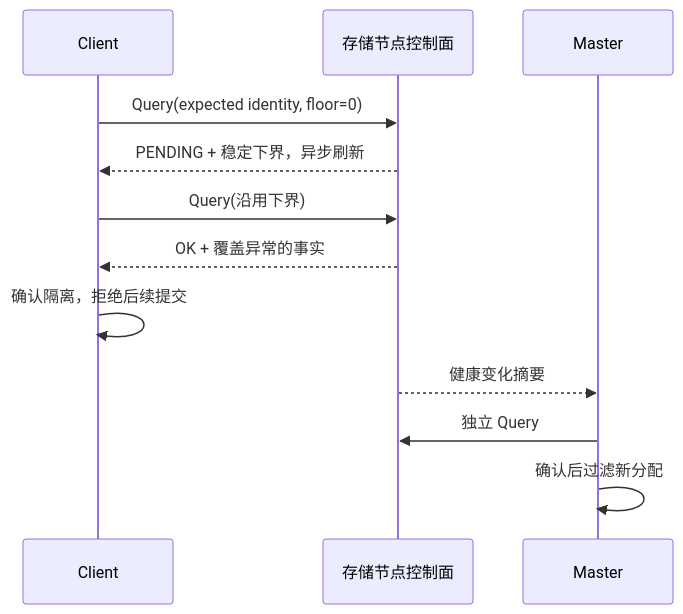
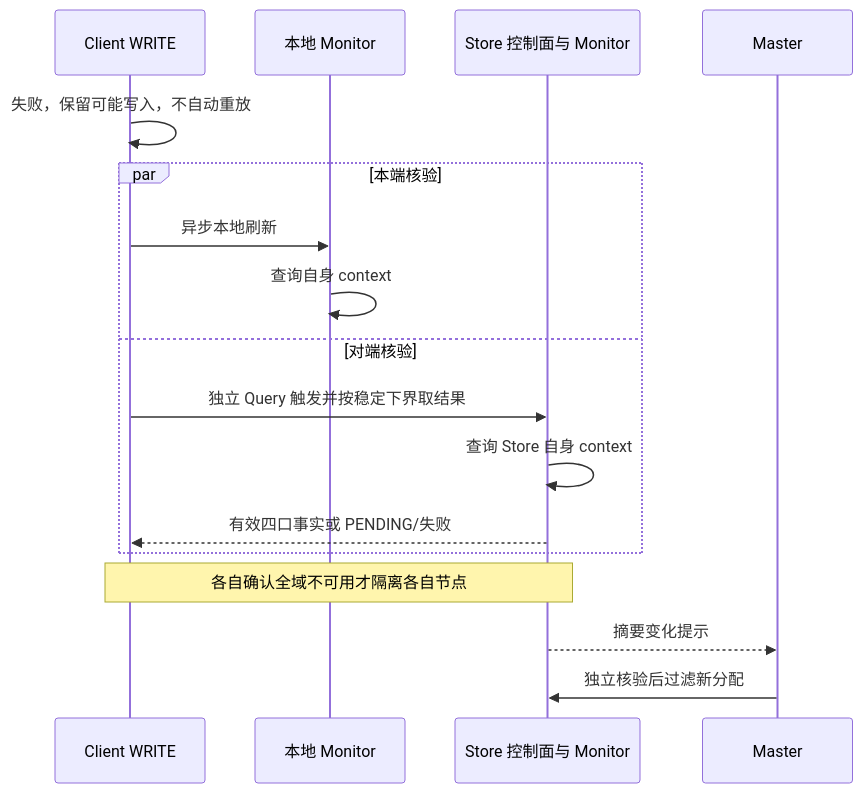
One commit to HangCong126/Supercache changed the fourth of 7 diagrams in docs/analyze/ub_fault_isolation_design.md. Above: the diagram before and after it, drawn with Mermaid. The commit also changed other lines of this file, not shown here.

````diff
--- a/docs/analyze/ub_fault_isolation_design.md
+++ b/docs/analyze/ub_fault_isolation_design.md
@@ -238,14 +326,19 @@
 ```mermaid
 sequenceDiagram
-    participant C as Client
-    participant S as 存储节点控制面
+    participant C as Client WRITE
+    participant L as 本地 Monitor
+    participant S as Store 控制面与 Monitor
     participant M as Master
-    C->>S: Query(expected identity, floor=0)
-    S-->>C: PENDING + 稳定下界，异步刷新
-    C->>S: Query(沿用下界)
-    S-->>C: OK + 覆盖异常的事实
-    C->>C: 确认隔离，拒绝后续提交
-    S-->>M: 健康变化摘要
-    M->>S: 独立 Query
-    M->>M: 确认后过滤新分配
+    C->>C: 失败，保留可能写入，不自动重放
+    par 本端核验
+        C->>L: 异步本地刷新
+        L->>L: 查询自身 context
+    and 对端核验
+        C->>S: 独立 Query 触发并按稳定下界取结果
+        S->>S: 查询 Store 自身 context
+        S-->>C: 有效四口事实或 PENDING/失败
+    end
+    Note over C,S: 各自确认全域不可用才隔离各自节点
+    S-->>M: 摘要变化提示
+    M->>S: 独立核验后过滤新分配
 ```
````
